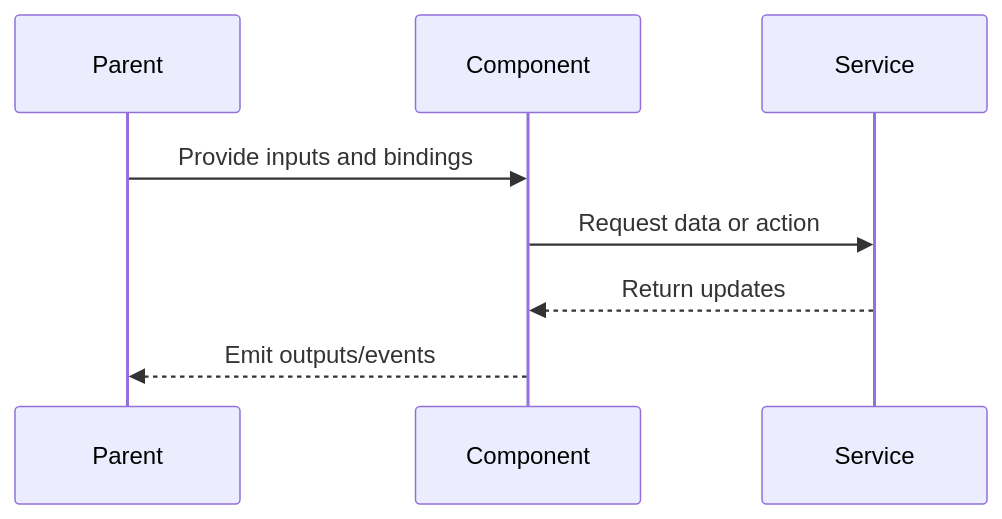
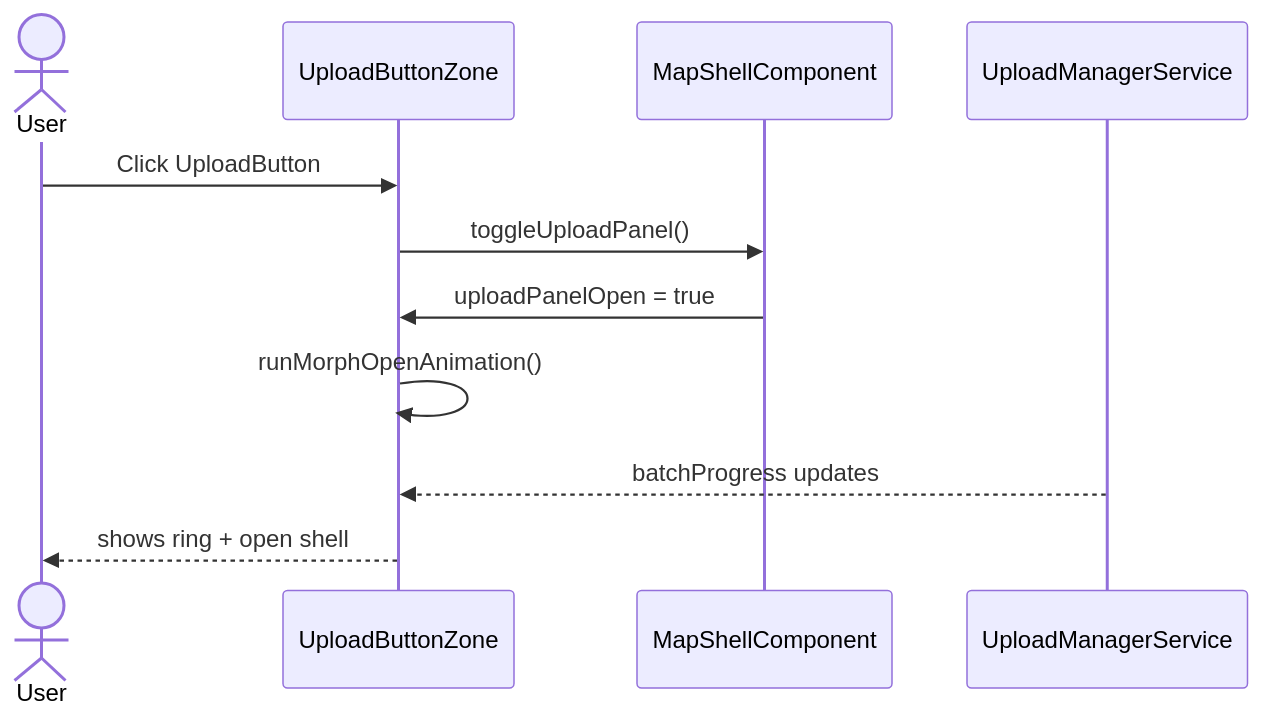
One commit to matkleve/feldpost changed the second of 2 diagrams in docs/element-specs/upload-button-zone.md. Above: the diagram before and after it, drawn with Mermaid. The commit also changed other lines of this file and 8 other files, not shown here.

First line of the commit message:
feat(upload-panel): implement GPS tracking and enhance upload panel functionality

````diff
--- a/docs/element-specs/upload-button-zone.md
+++ b/docs/element-specs/upload-button-zone.md
@@ -71,10 +78,13 @@
 ```mermaid
 sequenceDiagram
-  participant P as Parent
-  participant C as Component
-  participant S as Service
-  P->>C: Provide inputs and bindings
-  C->>S: Request data or action
-  S-->>C: Return updates
-  C-->>P: Emit outputs/events
+  actor User
+  participant Zone as UploadButtonZone
+  participant Shell as MapShellComponent
+  participant Manager as UploadManagerService
+  User->>Zone: Click UploadButton
+  Zone->>Shell: toggleUploadPanel()
+  Shell->>Zone: uploadPanelOpen = true
+  Zone->>Zone: runMorphOpenAnimation()
+  Manager-->>Zone: batchProgress updates
+  Zone-->>User: shows ring + open shell
 ```
````
